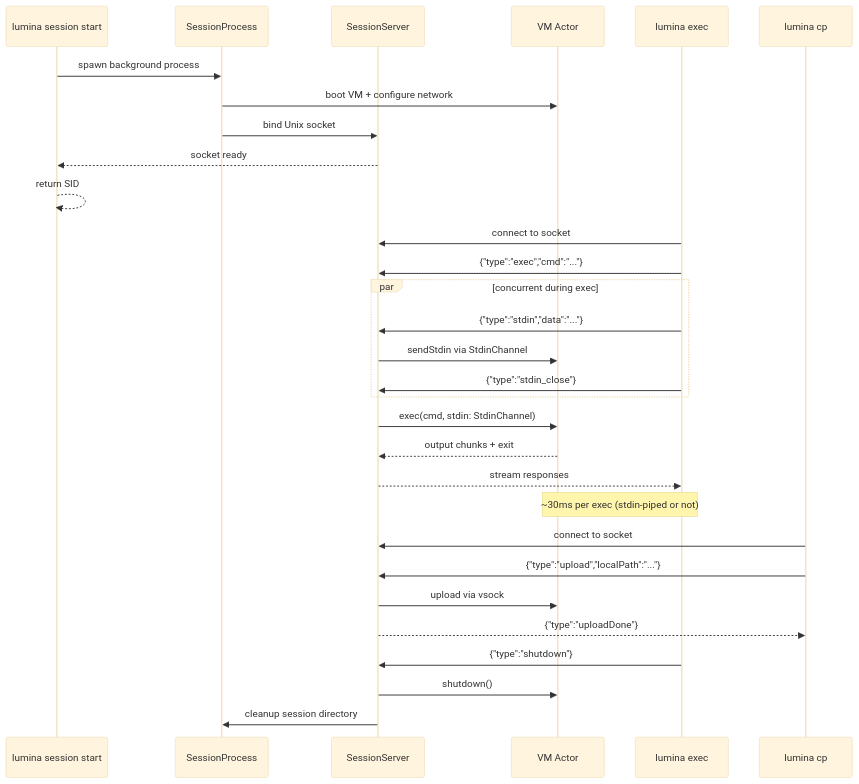
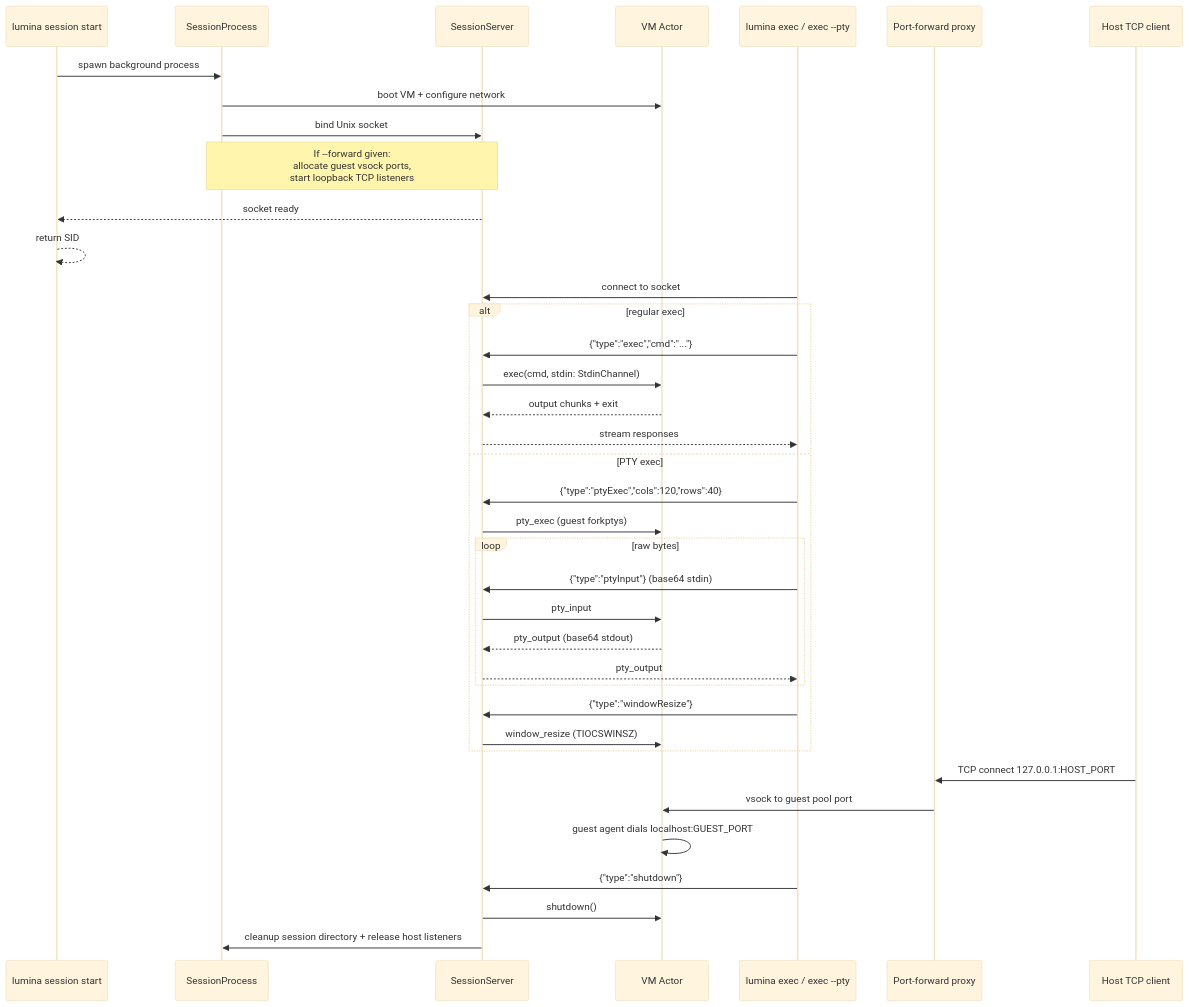
The second of 3 diagrams in README.md (abdul-abdi/lumina), drawn with Mermaid (base theme) before and after one commit. The commit also changed other lines of this file and 1 other file, not shown here.

````diff
--- a/README.md
+++ b/README.md
@@ -451,36 +549,44 @@
 ```mermaid
 sequenceDiagram
     participant CLI as lumina session start
     participant SP as SessionProcess
     participant SS as SessionServer
     participant VM as VM Actor
-    participant EC as lumina exec
-    participant CP as lumina cp
+    participant EC as lumina exec / exec --pty
+    participant PF as Port-forward proxy
+    participant HC as Host TCP client
 
     CLI->>SP: spawn background process
     SP->>VM: boot VM + configure network
     SP->>SS: bind Unix socket
+    Note over SP,SS: If --forward given:<br/>allocate guest vsock ports,<br/>start loopback TCP listeners
     SS-->>CLI: socket ready
     CLI-->>CLI: return SID
 
     EC->>SS: connect to socket
-    EC->>SS: {"type":"exec","cmd":"..."}
-    par concurrent during exec
-        EC->>SS: {"type":"stdin","data":"..."}
-        SS->>VM: sendStdin via StdinChannel
-        EC->>SS: {"type":"stdin_close"}
+    alt regular exec
+        EC->>SS: {"type":"exec","cmd":"..."}
+        SS->>VM: exec(cmd, stdin: StdinChannel)
+        VM-->>SS: output chunks + exit
+        SS-->>EC: stream responses
+    else PTY exec
+        EC->>SS: {"type":"ptyExec","cols":120,"rows":40}
+        SS->>VM: pty_exec (guest forkptys)
+        loop raw bytes
+            EC->>SS: {"type":"ptyInput"}  (base64 stdin)
+            SS->>VM: pty_input
+            VM-->>SS: pty_output (base64 stdout)
+            SS-->>EC: pty_output
+        end
+        EC->>SS: {"type":"windowResize"}
+        SS->>VM: window_resize (TIOCSWINSZ)
     end
-    SS->>VM: exec(cmd, stdin: StdinChannel)
-    VM-->>SS: output chunks + exit
-    SS-->>EC: stream responses
-    Note over EC,VM: ~30ms per exec (stdin-piped or not)
 
-    CP->>SS: connect to socket
-    CP->>SS: {"type":"upload","localPath":"..."}
-    SS->>VM: upload via vsock
-    SS-->>CP: {"type":"uploadDone"}
+    HC->>PF: TCP connect 127.0.0.1:HOST_PORT
+    PF->>VM: vsock to guest pool port
+    VM->>VM: guest agent dials localhost:GUEST_PORT
 
     EC->>SS: {"type":"shutdown"}
     SS->>VM: shutdown()
-    SS->>SP: cleanup session directory
+    SS->>SP: cleanup session directory + release host listeners
 ```
````
